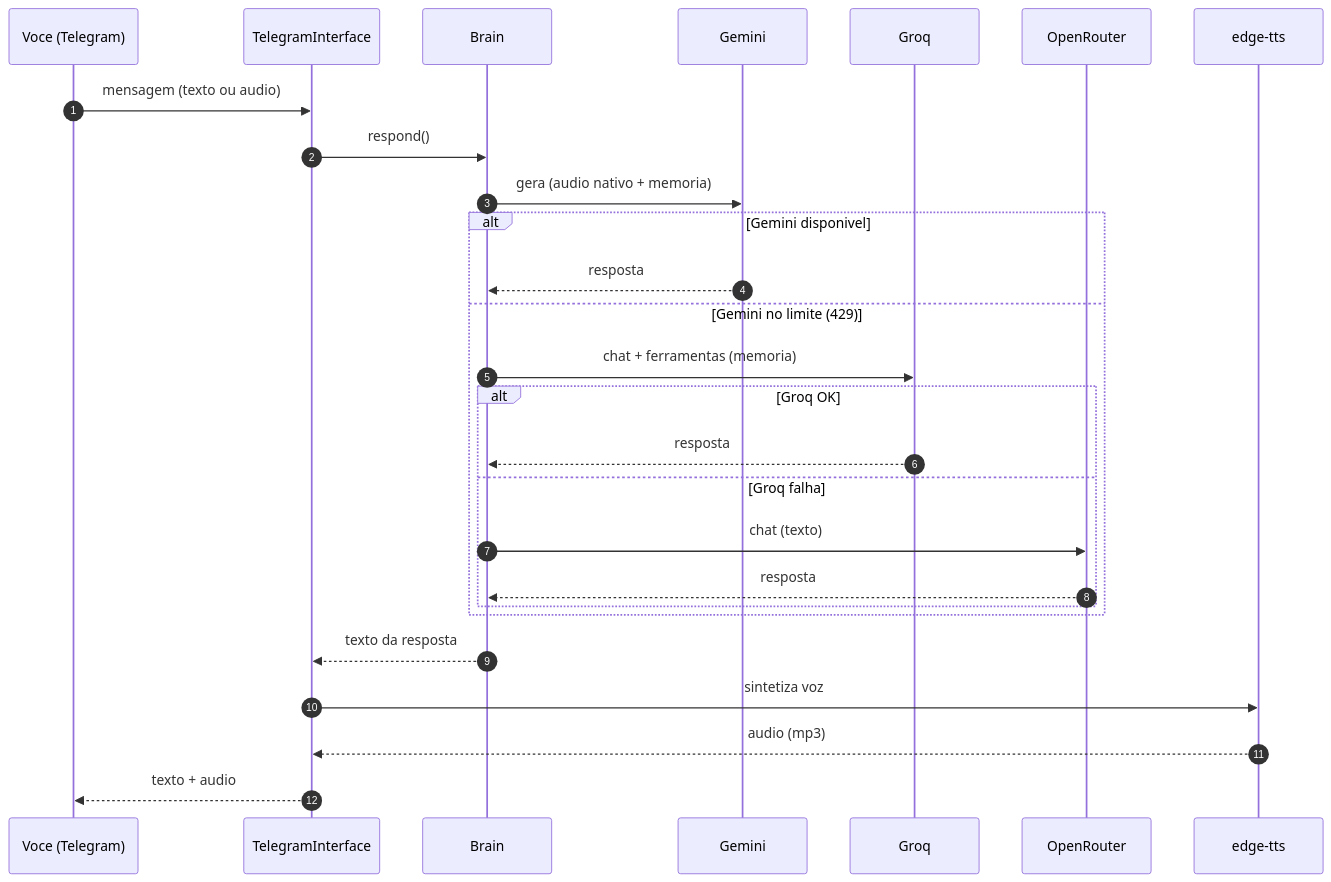
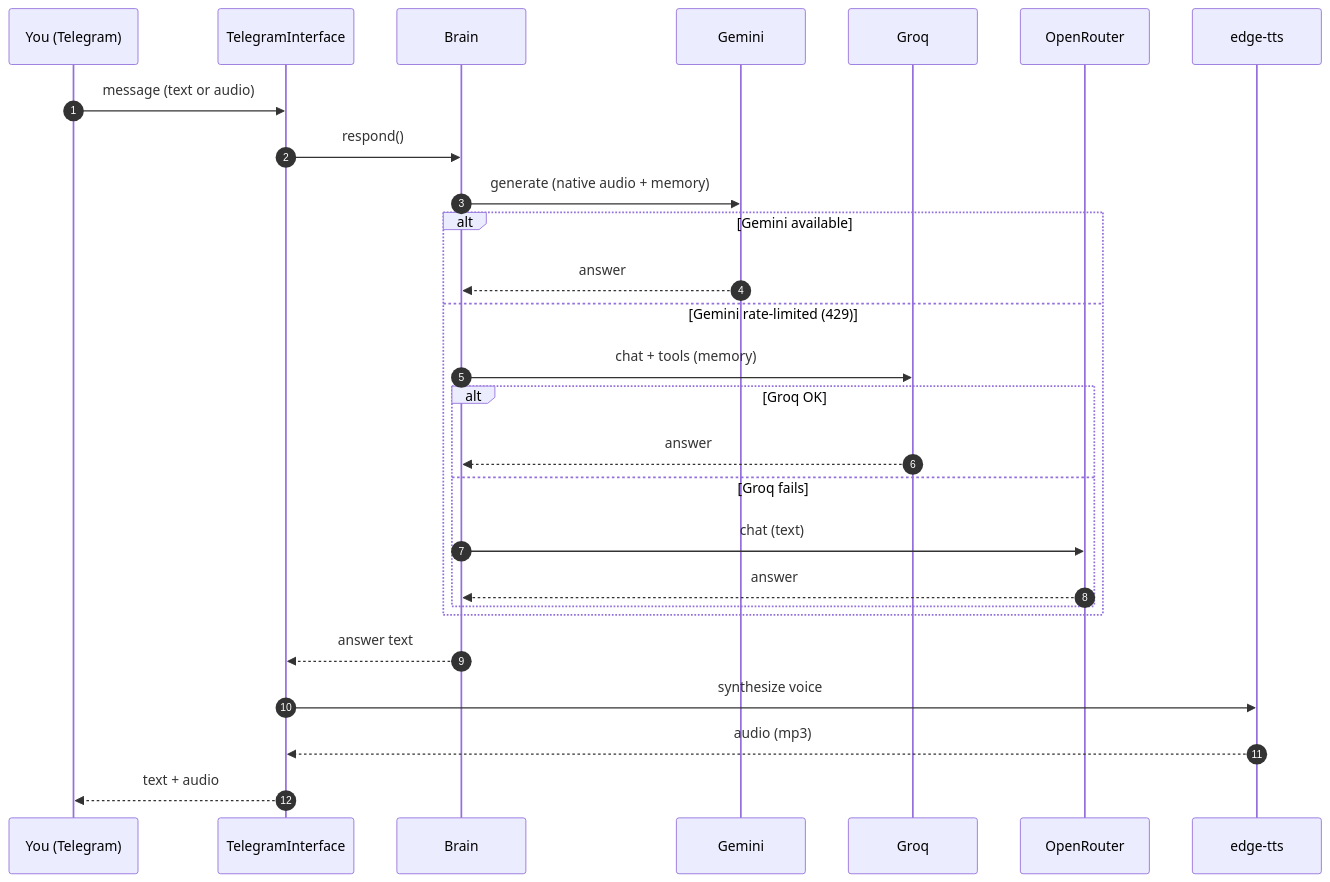
The second of 2 diagrams in README.md (Ryanditko/E.V), drawn with Mermaid before and after one commit. The commit also changed other lines of this file and 13 other files, not shown here.

First line of the commit message:
Add reminders scheduler, web/calendar/email tools, terminal REPL, vector memory

````diff
--- a/README.md
+++ b/README.md
@@ -59,30 +69,30 @@
 ```mermaid
 sequenceDiagram
     autonumber
-    participant U as Voce (Telegram)
+    participant U as You (Telegram)
     participant T as TelegramInterface
     participant B as Brain
     participant G as Gemini
     participant Q as Groq
     participant O as OpenRouter
     participant V as edge-tts
 
-    U->>T: mensagem (texto ou audio)
+    U->>T: message (text or audio)
     T->>B: respond()
-    B->>G: gera (audio nativo + memoria)
-    alt Gemini disponivel
-        G-->>B: resposta
-    else Gemini no limite (429)
-        B->>Q: chat + ferramentas (memoria)
+    B->>G: generate (native audio + memory)
+    alt Gemini available
+        G-->>B: answer
+    else Gemini rate-limited (429)
+        B->>Q: chat + tools (memory)
         alt Groq OK
-            Q-->>B: resposta
-        else Groq falha
-            B->>O: chat (texto)
-            O-->>B: resposta
+            Q-->>B: answer
+        else Groq fails
+            B->>O: chat (text)
+            O-->>B: answer
         end
     end
-    B-->>T: texto da resposta
-    T->>V: sintetiza voz
+    B-->>T: answer text
+    T->>V: synthesize voice
     V-->>T: audio (mp3)
-    T-->>U: texto + audio
+    T-->>U: text + audio
 ```
````
